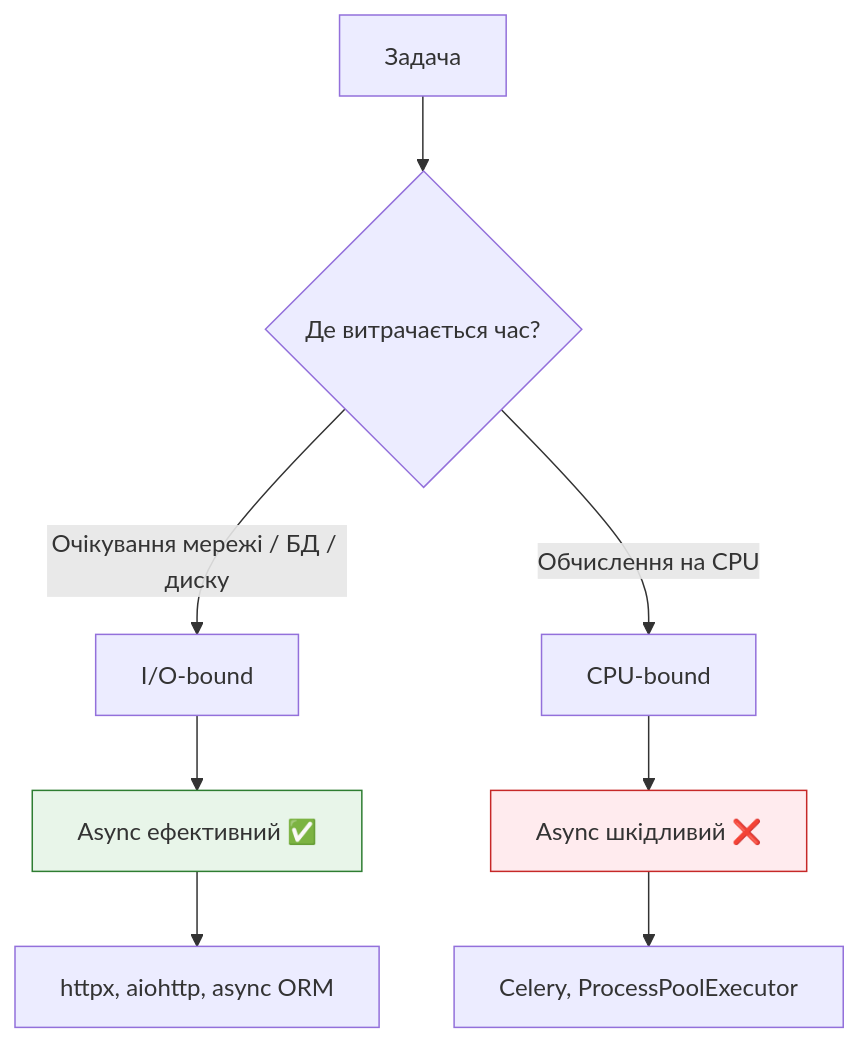
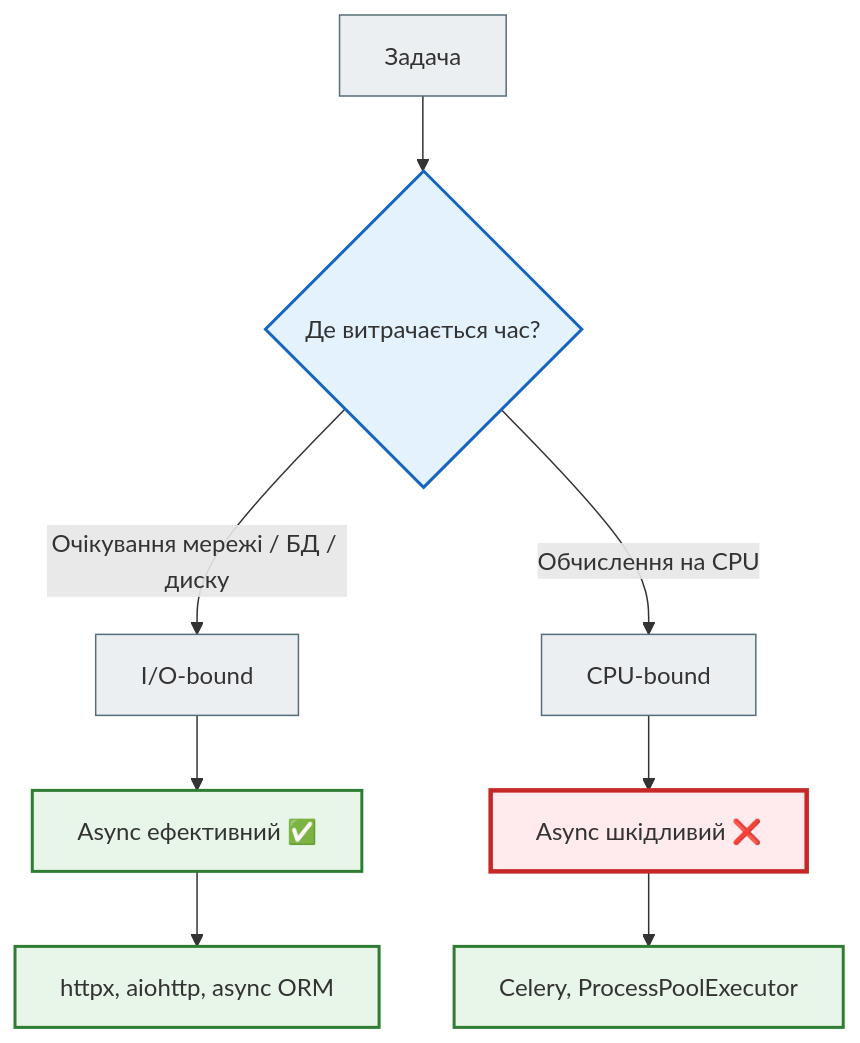
Before and after one commit to NikoriakViktot/notes_chat_app: the second of 2 diagrams in docs/09_async_and_realtime/async_01_sync_vs_async_full.md, drawn with Mermaid. The commit also changed other lines of this file and 441 other files, not shown here.

First line of the commit message:
Add English version of the book, Mermaid standard, docs fixes

````diff
--- a/docs/09_async_and_realtime/async_01_sync_vs_async_full.md
+++ b/docs/09_async_and_realtime/async_01_sync_vs_async_full.md
@@ -127,15 +127,21 @@
 ```mermaid
 graph TD
     A[Задача] --> B{Де витрачається час?}
     B -->|Очікування мережі / БД / диску| C[I/O-bound]
     B -->|Обчислення на CPU| D[CPU-bound]
 
     C --> E[Async ефективний ✅]
     D --> F[Async шкідливий ❌]
 
     E --> G[httpx, aiohttp, async ORM]
     F --> H[Celery, ProcessPoolExecutor]
 
-    style E fill:#e8f5e9,stroke:#2e7d32
-    style F fill:#ffebee,stroke:#c62828
+    classDef step     fill:#eceff1,stroke:#546e7a,stroke-width:1px;
+    classDef decision fill:#e3f2fd,stroke:#1565c0,stroke-width:2px;
+    classDef success  fill:#e8f5e9,stroke:#2e7d32,stroke-width:2px;
+    classDef error    fill:#ffebee,stroke:#c62828,stroke-width:3px;
+    class A,C,D step;
+    class B decision;
+    class E,G,H success;
+    class F error;
 ```
````
